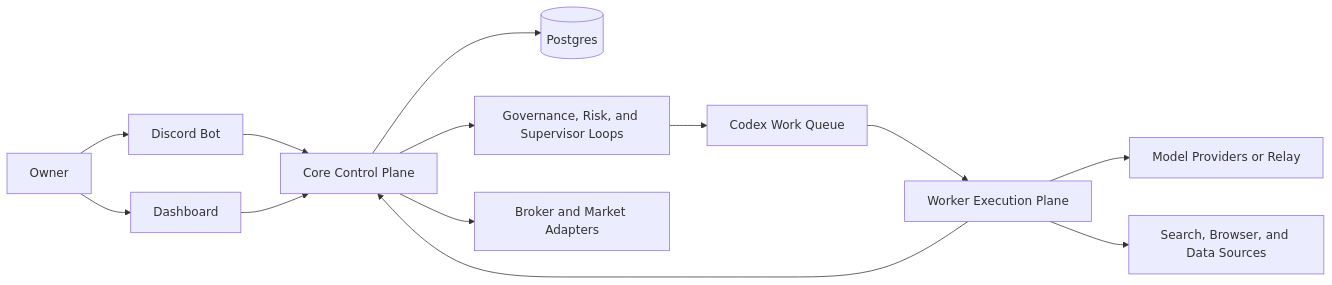
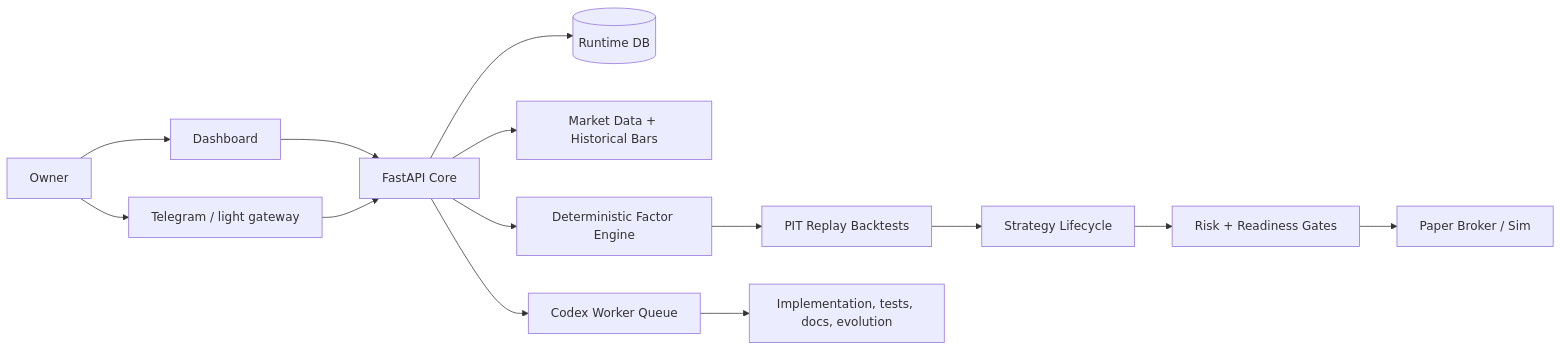
The diagram in README.md (zhoucehuang-arch/evoq), drawn with Mermaid before and after one commit. The commit also changed other lines of this file and 226 other files, not shown here.

````diff
--- a/README.md
+++ b/README.md
@@ -138,15 +125,16 @@
 ```mermaid
 flowchart LR
-  Owner[Owner] --> Discord[Discord Bot]
-  Owner --> Dashboard[Dashboard]
-  Discord --> Core[Core Control Plane]
-  Dashboard --> Core
-  Core --> Postgres[(Postgres)]
-  Core --> Governance[Governance, Risk, and Supervisor Loops]
-  Core --> Broker[Broker and Market Adapters]
-  Governance --> Queue[Codex Work Queue]
-  Queue --> Worker[Worker Execution Plane]
-  Worker --> Providers[Model Providers or Relay]
-  Worker --> Research[Search, Browser, and Data Sources]
-  Worker --> Core
+  Owner[Owner] --> Dashboard[Dashboard]
+  Owner --> Telegram[Telegram / light gateway]
+  Dashboard --> API[FastAPI Core]
+  Telegram --> API
+  API --> DB[(Runtime DB)]
+  API --> Data[Market Data + Historical Bars]
+  API --> Factors[Deterministic Factor Engine]
+  Factors --> Backtests[PIT Replay Backtests]
+  Backtests --> Strategy[Strategy Lifecycle]
+  Strategy --> Risk[Risk + Readiness Gates]
+  Risk --> Paper[Paper Broker / Sim]
+  API --> Codex[Codex Worker Queue]
+  Codex --> Docs[Implementation, tests, docs, evolution]
 ```
````
